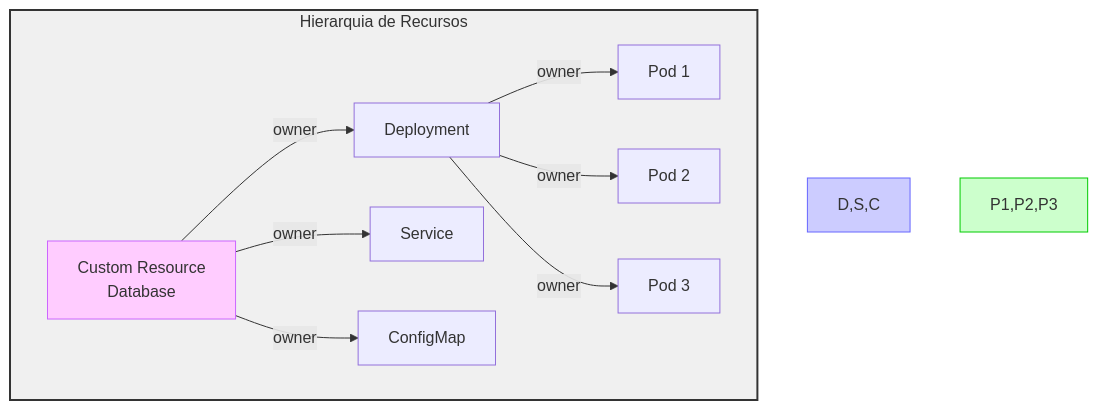
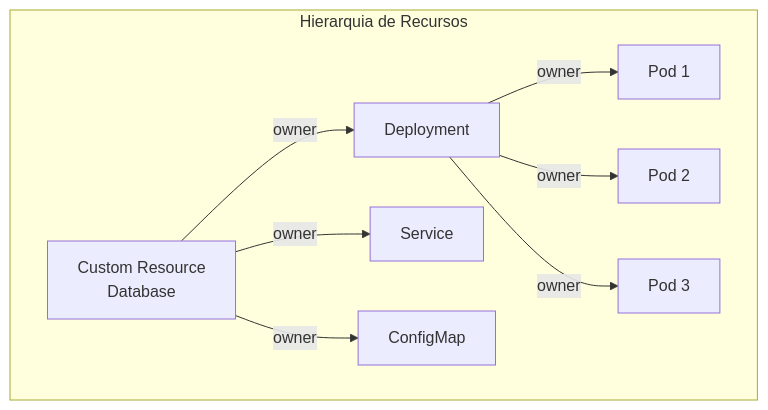
The second of 9 diagrams in docs/extras/advanced-operator-patterns.md (cloud104/tcloud-devops-k8s-operators-training), drawn with Mermaid before and after one commit. The commit also changed other lines of this file and 6 other files, not shown here.

First line of the commit message:
docs: revisa material teorico, corrige APIs e melhora diagramas

````diff
--- a/docs/extras/advanced-operator-patterns.md
+++ b/docs/extras/advanced-operator-patterns.md
@@ -69,18 +62,13 @@
 ```mermaid
 flowchart TD
     subgraph OWN ["Hierarquia de Recursos"]
         CR["Custom Resource
         Database"] -->|"owner"| D["Deployment"]
         CR -->|"owner"| S["Service"]
         CR -->|"owner"| C["ConfigMap"]
         
         D -->|"owner"| P1["Pod 1"]
         D -->|"owner"| P2["Pod 2"]
         D -->|"owner"| P3["Pod 3"]
     end
-    
-    style OWN fill:#f0f0f0,stroke:#333,stroke-width:2px
-    style CR fill:#ffccff,stroke:#cc66ff
-    style D,S,C fill:#ccccff,stroke:#6666ff
-    style P1,P2,P3 fill:#ccffcc,stroke:#00cc00
 ```
````
